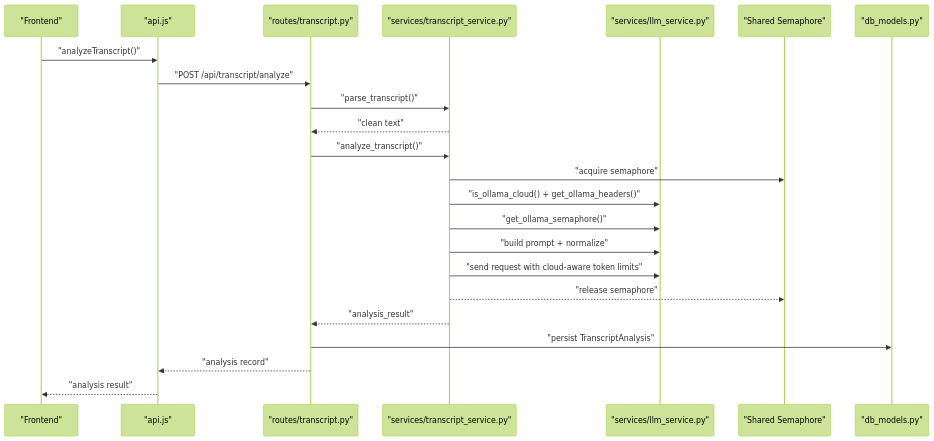
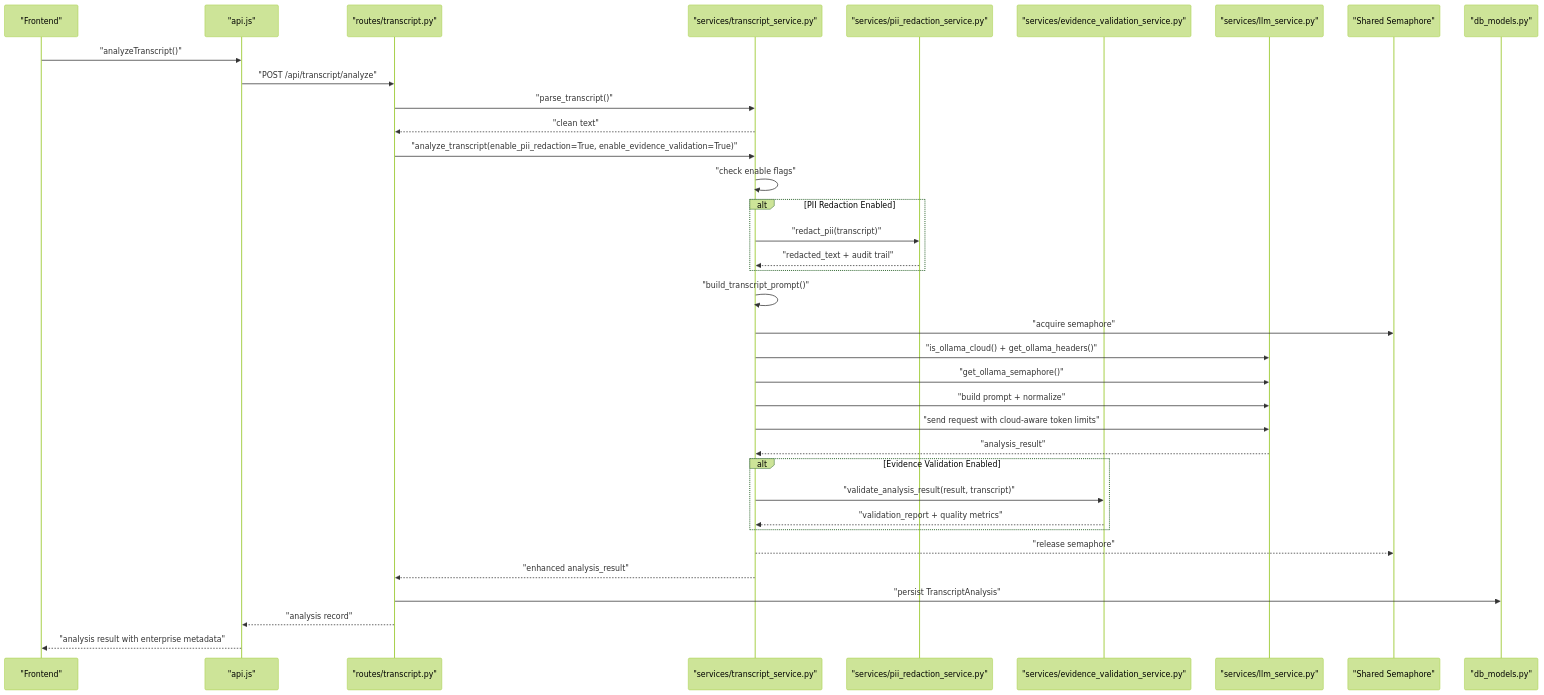
The second of 11 diagrams in .qoder/repowiki/en/content/Video Analysis/Transcript Generation.md (Revanththetalogics/aireume), drawn with Mermaid (forest theme) before and after one commit. The commit also changed other lines of this file and 20 other files, not shown here.

First line of the commit message:
fix: persist complete report data to analysis_result for Candidates page

````diff
--- a/.qoder/repowiki/en/content/Video Analysis/Transcript Generation.md
+++ b/.qoder/repowiki/en/content/Video Analysis/Transcript Generation.md
@@ -135,25 +164,38 @@
 ```mermaid
 sequenceDiagram
 participant FE as "Frontend"
 participant API as "api.js"
 participant RT as "routes/transcript.py"
 participant ST as "services/transcript_service.py"
+participant PII as "services/pii_redaction_service.py"
+participant EVS as "services/evidence_validation_service.py"
 participant LLM as "services/llm_service.py"
 participant SEM as "Shared Semaphore"
 participant DB as "db_models.py"
 FE->>API : "analyzeTranscript()"
 API->>RT : "POST /api/transcript/analyze"
 RT->>ST : "parse_transcript()"
 ST-->>RT : "clean text"
-RT->>ST : "analyze_transcript()"
+RT->>ST : "analyze_transcript(enable_pii_redaction=True, enable_evidence_validation=True)"
+ST->>ST : "check enable flags"
+alt PII Redaction Enabled
+ST->>PII : "redact_pii(transcript)"
+PII-->>ST : "redacted_text + audit trail"
+end
+ST->>ST : "build_transcript_prompt()"
 ST->>SEM : "acquire semaphore"
 ST->>LLM : "is_ollama_cloud() + get_ollama_headers()"
 ST->>LLM : "get_ollama_semaphore()"
 ST->>LLM : "build prompt + normalize"
 ST->>LLM : "send request with cloud-aware token limits"
+LLM-->>ST : "analysis_result"
+alt Evidence Validation Enabled
+ST->>EVS : "validate_analysis_result(result, transcript)"
+EVS-->>ST : "validation_report + quality metrics"
+end
 ST-->>SEM : "release semaphore"
-ST-->>RT : "analysis_result"
+ST-->>RT : "enhanced analysis_result"
 RT->>DB : "persist TranscriptAnalysis"
 RT-->>API : "analysis record"
-API-->>FE : "analysis result"
+API-->>FE : "analysis result with enterprise metadata"
 ```
````
